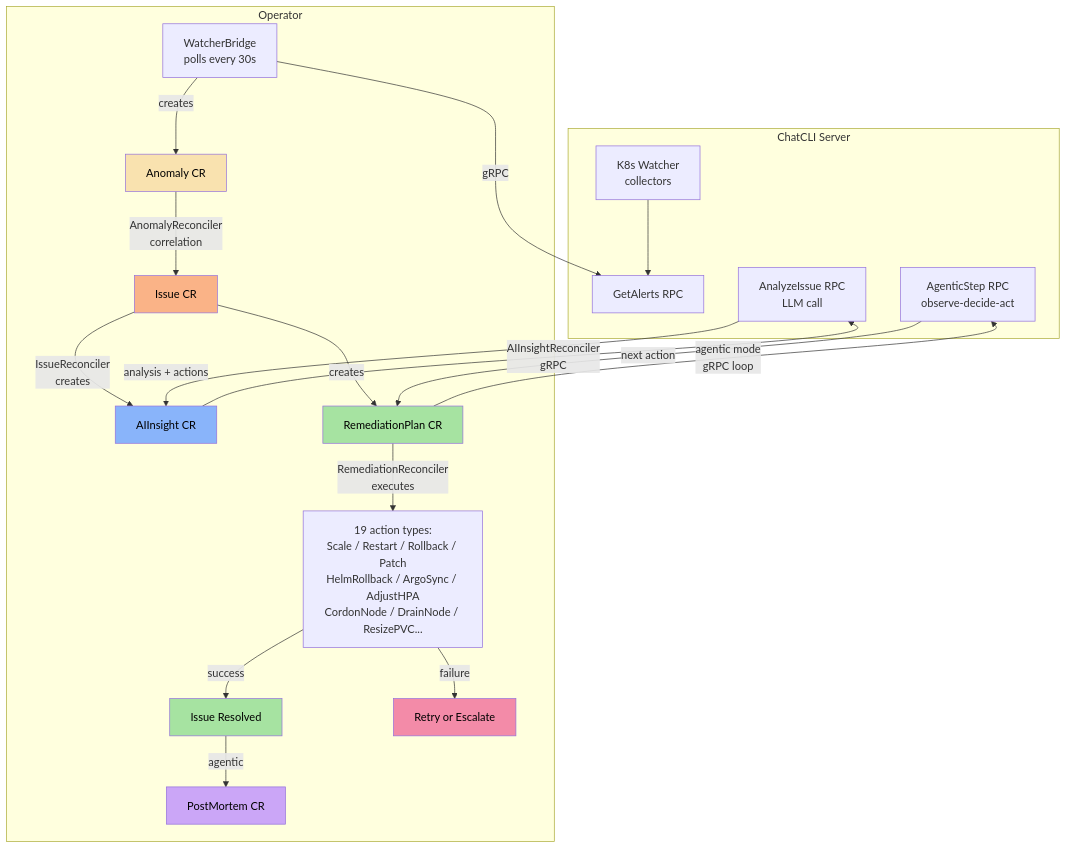
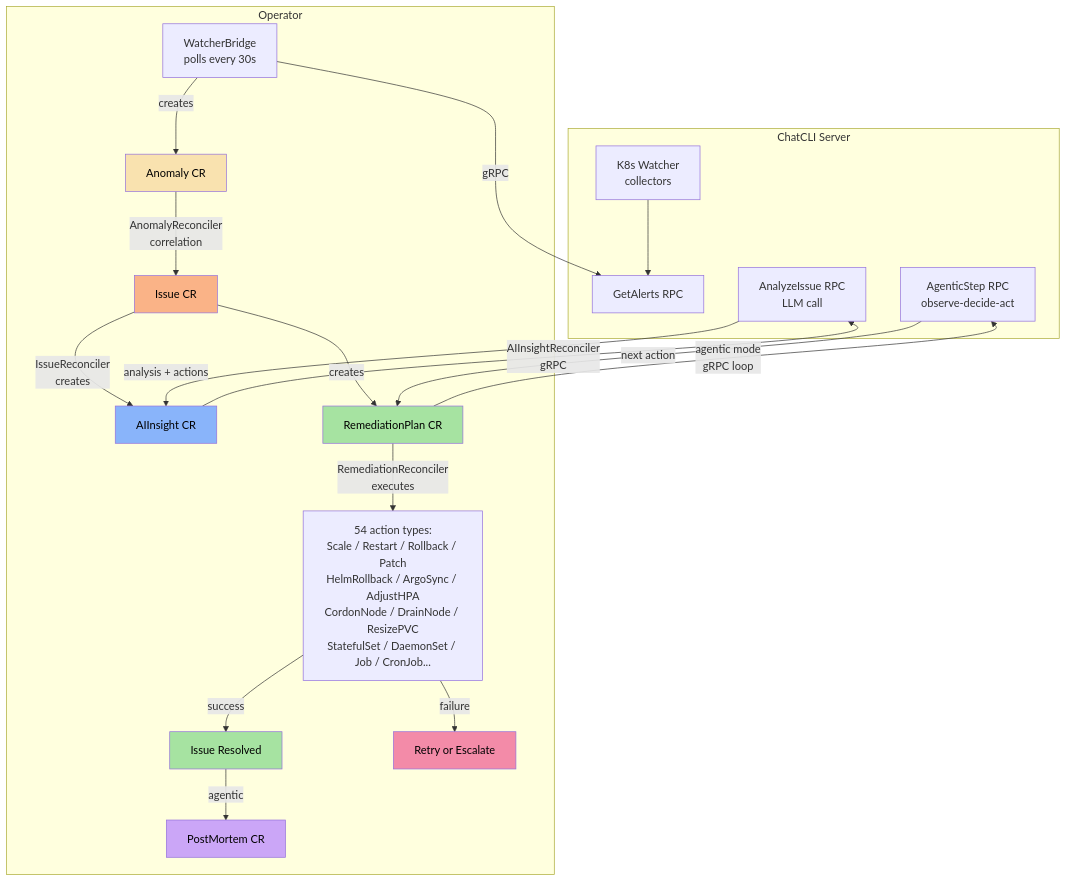
The first of 3 diagrams in en/features/k8s-operator.mdx (diillson/chatcli.ai), drawn with Mermaid before and after one commit. The commit also changed other lines of this file and 5 other files, not shown here.

First line of the commit message:
docs: expand AIOps documentation for 54 remediation actions across all workload types

````diff
--- a/en/features/k8s-operator.mdx
+++ b/en/features/k8s-operator.mdx
@@ -137,32 +137,32 @@
 ```mermaid
 graph TD
     subgraph "ChatCLI Server"
         W[K8s Watcher<br/>collectors] --> GA[GetAlerts RPC]
         AI_RPC[AnalyzeIssue RPC<br/>LLM call]
         AG_RPC[AgenticStep RPC<br/>observe-decide-act]
     end
 
     subgraph "Operator"
         WB[WatcherBridge<br/>polls every 30s] -->|gRPC| GA
         WB -->|creates| ANOM[Anomaly CR]
         ANOM -->|AnomalyReconciler<br/>correlation| ISS[Issue CR]
         ISS -->|IssueReconciler<br/>creates| INSIGHT[AIInsight CR]
         INSIGHT -->|AIInsightReconciler<br/>gRPC| AI_RPC
         AI_RPC -->|analysis + actions| INSIGHT
         ISS -->|creates| PLAN[RemediationPlan CR]
-        PLAN -->|RemediationReconciler<br/>executes| ACTIONS[19 action types:<br/>Scale / Restart / Rollback / Patch<br/>HelmRollback / ArgoSync / AdjustHPA<br/>CordonNode / DrainNode / ResizePVC...]
+        PLAN -->|RemediationReconciler<br/>executes| ACTIONS[54 action types:<br/>Scale / Restart / Rollback / Patch<br/>HelmRollback / ArgoSync / AdjustHPA<br/>CordonNode / DrainNode / ResizePVC<br/>StatefulSet / DaemonSet / Job / CronJob...]
         PLAN -->|agentic mode<br/>gRPC loop| AG_RPC
         AG_RPC -->|next action| PLAN
         ACTIONS -->|success| RESOLVED[Issue Resolved]
         ACTIONS -->|failure| RETRY[Retry or Escalate]
         RESOLVED -->|agentic| PM[PostMortem CR]
     end
 
     style ANOM fill:#f9e2af,color:#000
     style ISS fill:#fab387,color:#000
     style INSIGHT fill:#89b4fa,color:#000
     style PLAN fill:#a6e3a1,color:#000
     style RESOLVED fill:#a6e3a1,color:#000
     style RETRY fill:#f38ba8,color:#000
     style PM fill:#cba6f7,color:#000
 ```
````
